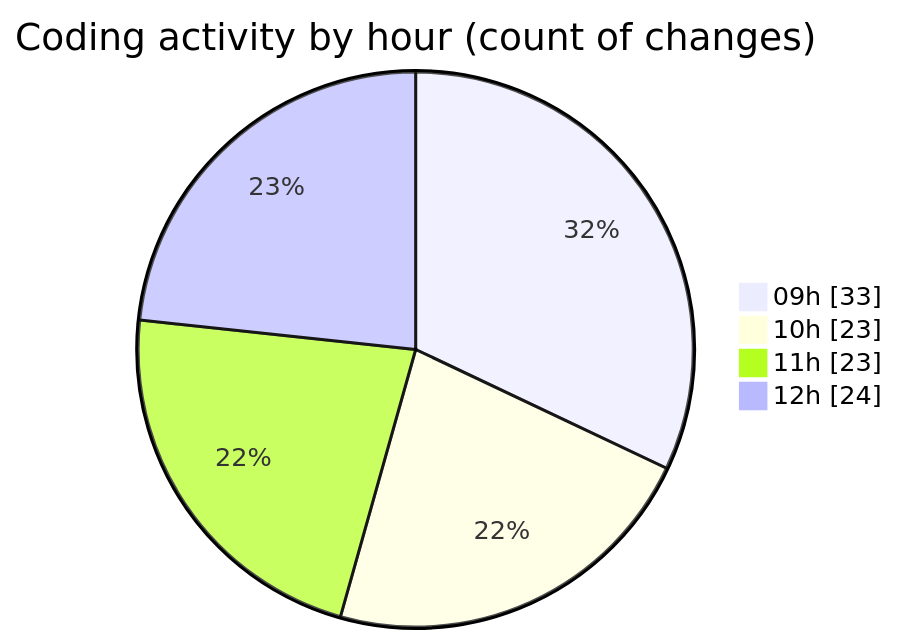
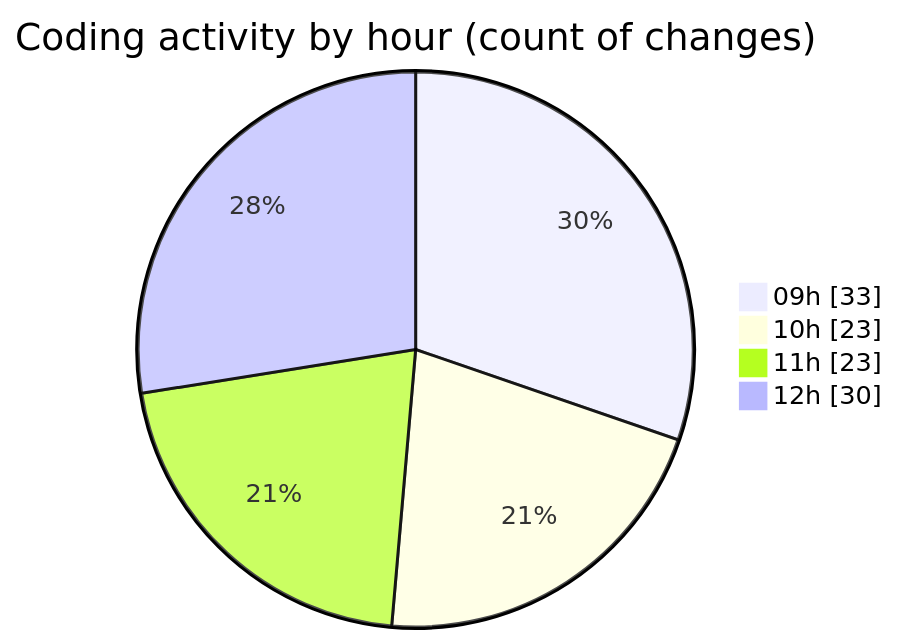
One commit to CELIANVF/code-tracking changed the second of 2 diagrams in 2025-05-20/ecodeli-1/README.md. Above: the diagram before and after it, drawn with Mermaid. The commit also changed other lines of this file and 1 other file, not shown here.

````diff
--- a/2025-05-20/ecodeli-1/README.md
+++ b/2025-05-20/ecodeli-1/README.md
@@ -69,8 +72,8 @@
 ```mermaid
 pie showData
 title Coding activity by hour (count of changes)
 "09h" : 33
 "10h" : 23
 "11h" : 23
-"12h" : 24
+"12h" : 30
 ```
````
